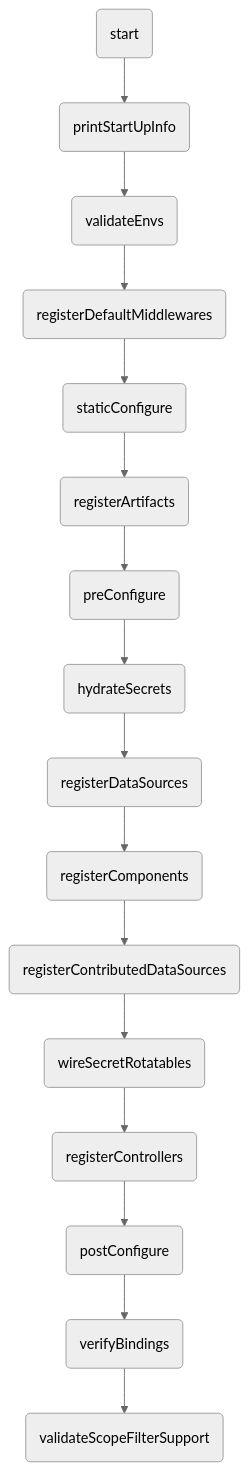
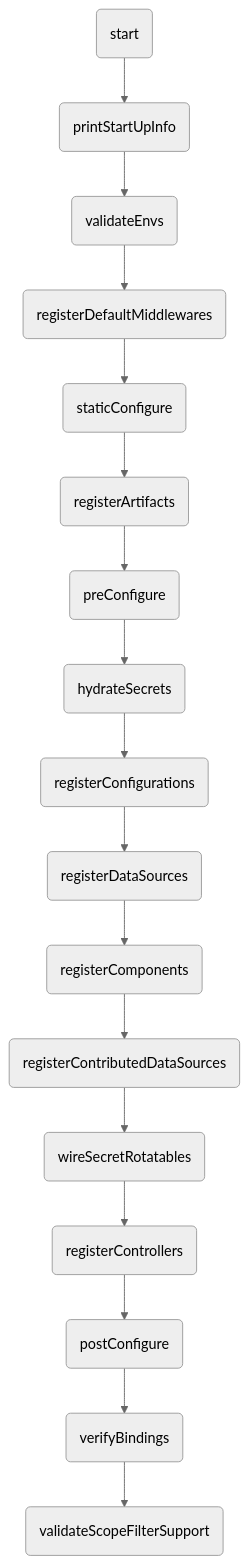
The second of 2 diagrams in docs/wiki/content/references/base/application.md (VENIZIA-AI/ignis), drawn with Mermaid (neutral theme) before and after one commit. The commit also changed other lines of this file and 118 other files, not shown here.

````diff
--- a/docs/wiki/content/references/base/application.md
+++ b/docs/wiki/content/references/base/application.md
@@ -279,18 +326,19 @@
 ```mermaid
 graph TD
     A(start) --> B(printStartUpInfo);
     B --> C(validateEnvs);
     C --> D(registerDefaultMiddlewares);
     D --> E(staticConfigure);
     E --> E2(registerArtifacts);
     E2 --> F(preConfigure);
     F --> G(hydrateSecrets);
-    G --> H(registerDataSources);
+    G --> G2(registerConfigurations);
+    G2 --> H(registerDataSources);
     H --> I(registerComponents);
     I --> J(registerContributedDataSources);
     J --> K(wireSecretRotatables);
     K --> L(registerControllers);
     L --> M(postConfigure);
     M --> N(verifyBindings);
     N --> O(validateScopeFilterSupport);
 ```
````
